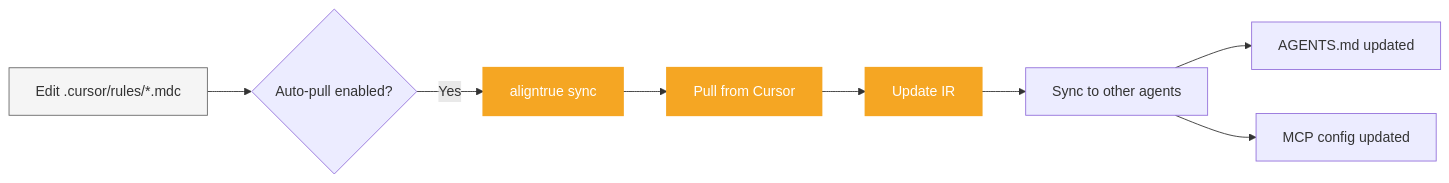
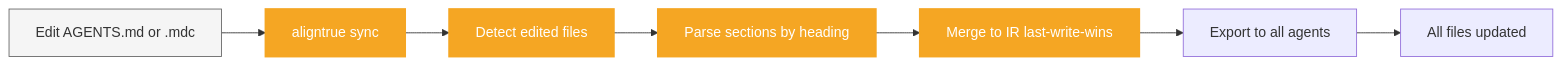
The second of 2 diagrams in apps/docs/content/03-concepts/sync-behavior.md (AlignTrue/aligntrue-sync), drawn with Mermaid before and after one commit. The commit also changed other lines of this file and 31 other files, not shown here.

````diff
--- a/apps/docs/content/03-concepts/sync-behavior.md
+++ b/apps/docs/content/03-concepts/sync-behavior.md
@@ -133,15 +137,15 @@
 ```mermaid
 graph LR
-    A[Edit .cursor/rules/*.mdc] --> B{Auto-pull enabled?}
-    B -->|Yes| C[aligntrue sync]
-    C --> D[Pull from Cursor]
-    D --> E[Update IR]
-    E --> F[Sync to other agents]
-    F --> G[AGENTS.md updated]
-    F --> H[MCP config updated]
+    A[Edit AGENTS.md or .mdc] --> B[aligntrue sync]
+    B --> C[Detect edited files]
+    C --> D[Parse sections by heading]
+    D --> E[Merge to IR last-write-wins]
+    E --> F[Export to all agents]
+    F --> G[All files updated]
 
     style A fill:#f5f5f5,stroke:#666,stroke-width:1px
+    style B fill:#F5A623,stroke:#F5A623,color:#fff,stroke-width:2px
     style C fill:#F5A623,stroke:#F5A623,color:#fff,stroke-width:2px
     style D fill:#F5A623,stroke:#F5A623,color:#fff,stroke-width:2px
     style E fill:#F5A623,stroke:#F5A623,color:#fff,stroke-width:2px
 ```
````
